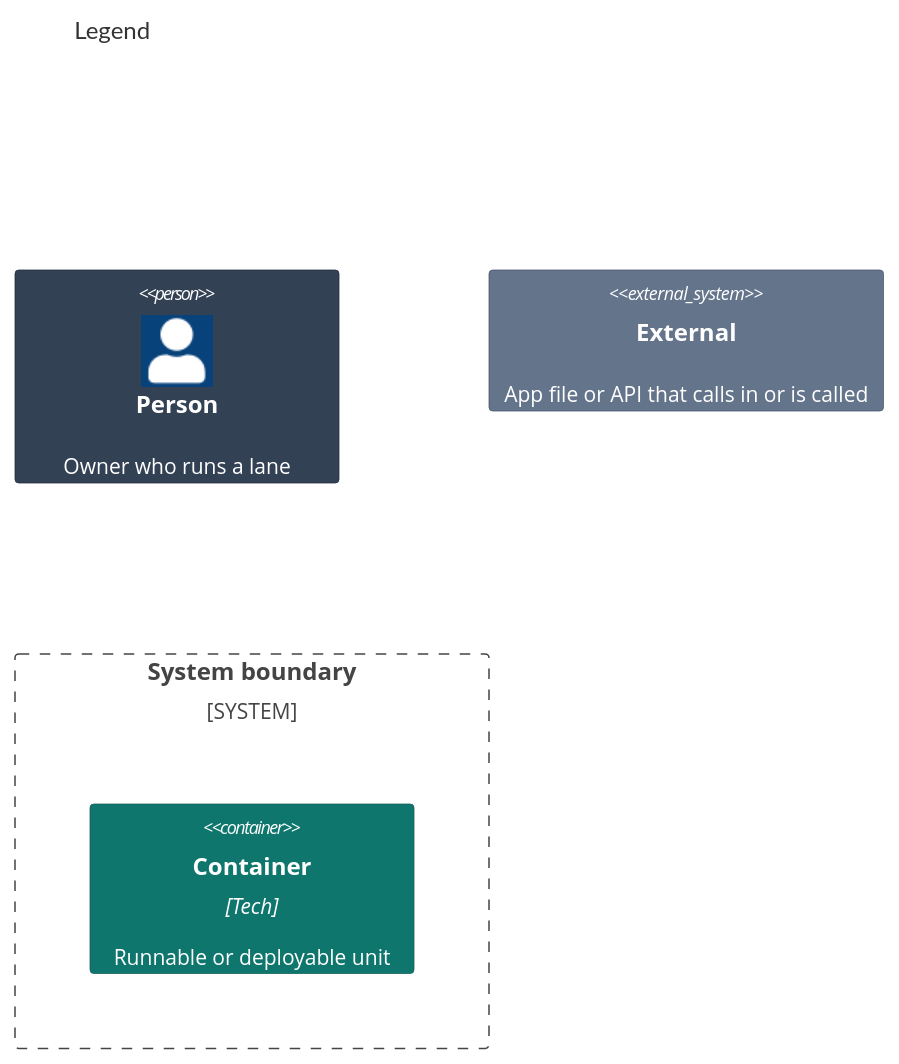
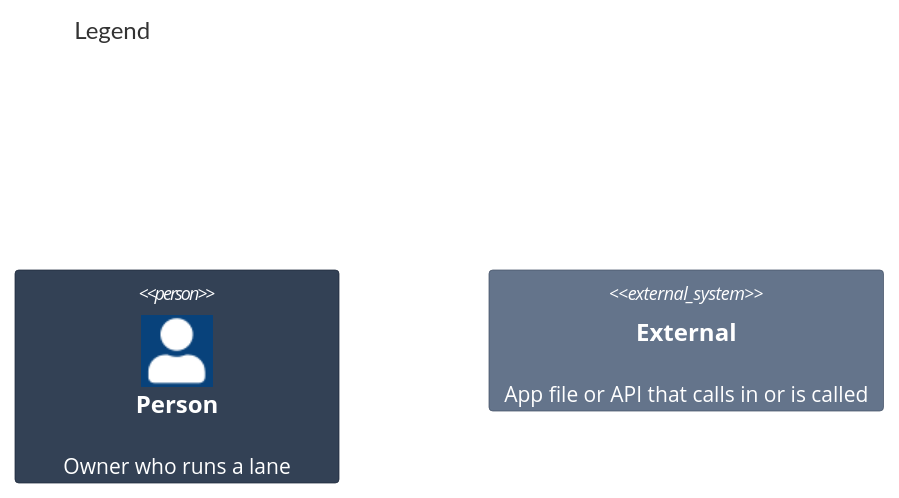
One commit to may-journal/xcode-tooling changed the second of 2 diagrams in docs/architecture/02-containers.md. Above: the diagram before and after it, drawn with Mermaid. The commit also changed 1 other file, not shown here.

Commit message:
docs(architecture): key only drawn kinds in the containers legend (#33)
> A reader of the containers view sees a legend that keys only the kinds
the diagram draws.

## Background

This prepares for the fitness-runner legend rule,
https://github.com/may-journal/fitness-runner/pull/890, which needs a
legend to key exactly the kinds its view draws. The containers view
legend showed a boundary and a container the view does not use. Agent:
Claude.

Closes #32.

## Changelog

- [Changelog
entry](https://github.com/may-journal/xcode-tooling/blob/vanderbot/c4-legend/changelog/2026-11-09-1600-legend-kinds.md)

🤖 Generated with [Claude Code](https://claude.com/claude-code)

````diff
--- a/docs/architecture/02-containers.md
+++ b/docs/architecture/02-containers.md
@@ -25,14 +25,10 @@
 ```mermaid
 C4Container
     title Legend
 
     Person(actor, "Person", "Owner who runs a lane")
-    System_Boundary(unit, "System boundary") {
-        Container(part, "Container", "Tech", "Runnable or deployable unit")
-    }
     System_Ext(outside, "External", "App file or API that calls in or is called")
 
     UpdateElementStyle(actor, $bgColor="#334155", $borderColor="#1e293b", $fontColor="#ffffff")
-    UpdateElementStyle(part, $bgColor="#0f766e", $borderColor="#115e59", $fontColor="#ffffff")
     UpdateElementStyle(outside, $bgColor="#64748b", $borderColor="#475569", $fontColor="#ffffff")
 ```
````
